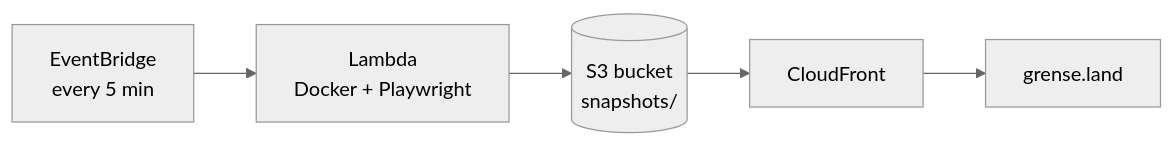
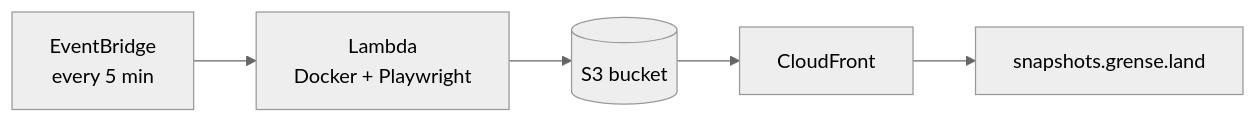
One commit to seventor/web-snapshots changed the diagram in README.md. Above: the diagram before and after it, drawn with Mermaid (neutral theme). The commit also changed other lines of this file and 9 other files, not shown here.

First line of the commit message:
Use snapshots.grense.land subdomain instead of apex domain path.

````diff
--- a/README.md
+++ b/README.md
@@ -9,7 +9,7 @@
 ```mermaid
 flowchart LR
   EB[EventBridge\nevery 5 min] --> L[Lambda\nDocker + Playwright]
-  L --> S3[(S3 bucket\nsnapshots/)]
+  L --> S3[(S3 bucket)]
   S3 --> CF[CloudFront]
-  CF --> DNS[grense.land]
+  CF --> DNS[snapshots.grense.land]
 ```
````
